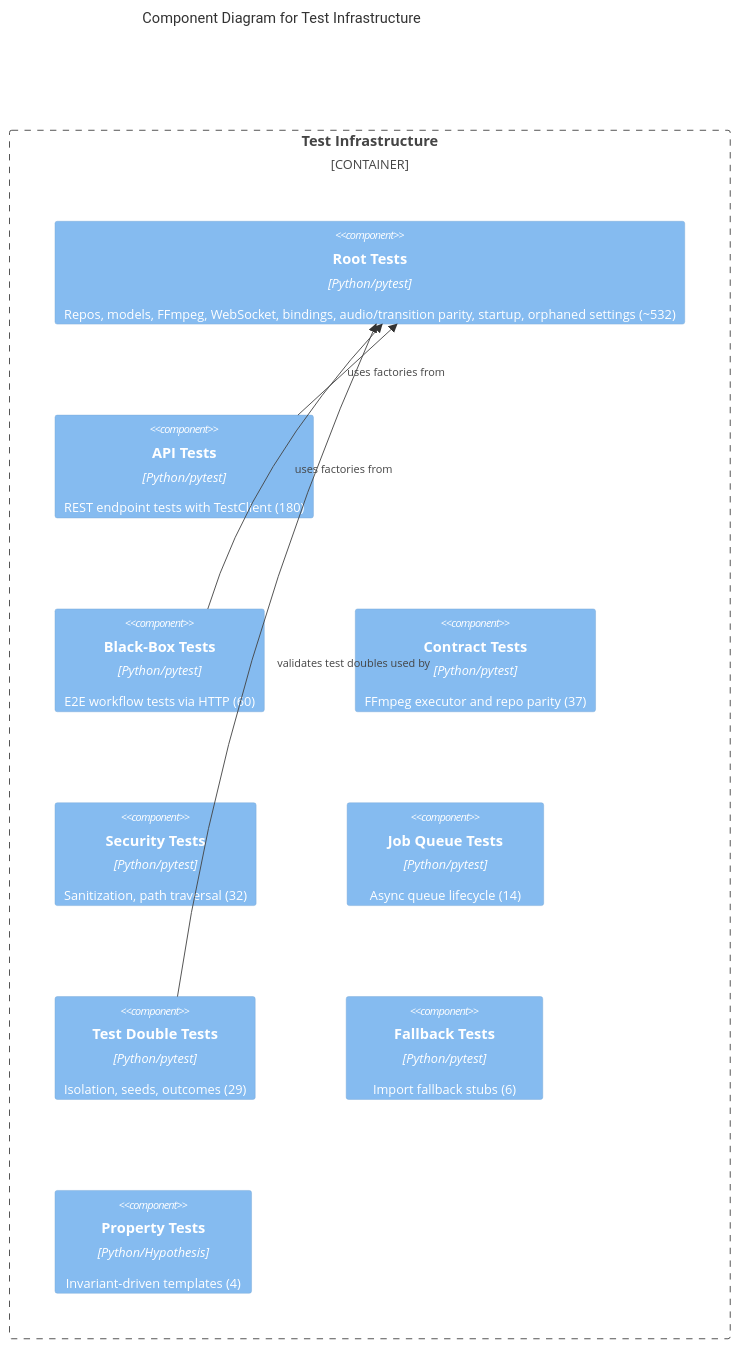
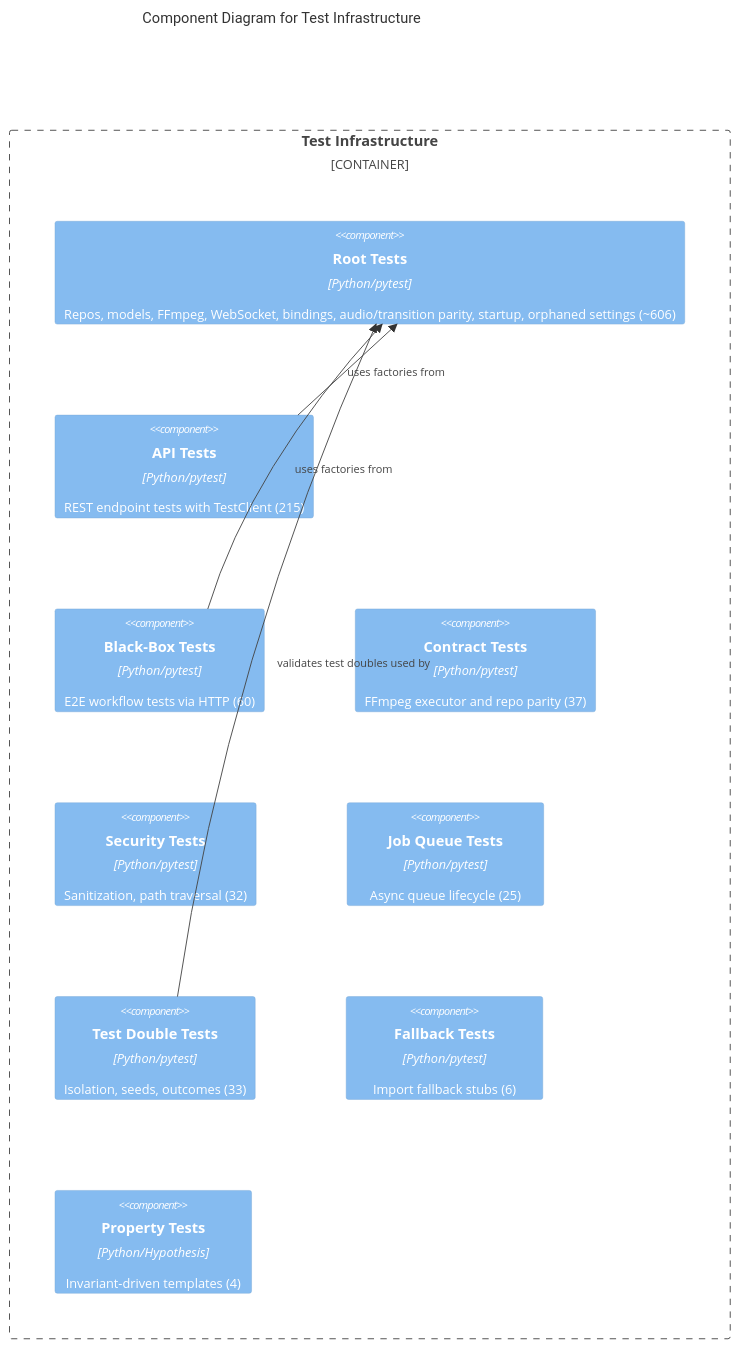
One commit to gwickman/stoat-and-ferret changed the diagram in docs/C4-Documentation/c4-component-test-infrastructure.md. Above: the diagram before and after it, drawn with Mermaid. The commit also changed other lines of this file and 26 other files, not shown here.

````diff
--- a/docs/C4-Documentation/c4-component-test-infrastructure.md
+++ b/docs/C4-Documentation/c4-component-test-infrastructure.md
@@ -78,20 +78,20 @@
 ```mermaid
 C4Component
     title Component Diagram for Test Infrastructure
 
     Container_Boundary(tests, "Test Infrastructure") {
-        Component(root_tests, "Root Tests", "Python/pytest", "Repos, models, FFmpeg, WebSocket, bindings, audio/transition parity, startup, orphaned settings (~532)")
-        Component(api_tests, "API Tests", "Python/pytest", "REST endpoint tests with TestClient (180)")
+        Component(root_tests, "Root Tests", "Python/pytest", "Repos, models, FFmpeg, WebSocket, bindings, audio/transition parity, startup, orphaned settings (~606)")
+        Component(api_tests, "API Tests", "Python/pytest", "REST endpoint tests with TestClient (215)")
         Component(blackbox, "Black-Box Tests", "Python/pytest", "E2E workflow tests via HTTP (60)")
         Component(contract, "Contract Tests", "Python/pytest", "FFmpeg executor and repo parity (37)")
         Component(security, "Security Tests", "Python/pytest", "Sanitization, path traversal (32)")
-        Component(jobs_tests, "Job Queue Tests", "Python/pytest", "Async queue lifecycle (14)")
-        Component(doubles_tests, "Test Double Tests", "Python/pytest", "Isolation, seeds, outcomes (29)")
+        Component(jobs_tests, "Job Queue Tests", "Python/pytest", "Async queue lifecycle (25)")
+        Component(doubles_tests, "Test Double Tests", "Python/pytest", "Isolation, seeds, outcomes (33)")
         Component(coverage_tests, "Fallback Tests", "Python/pytest", "Import fallback stubs (6)")
         Component(examples, "Property Tests", "Python/Hypothesis", "Invariant-driven templates (4)")
     }
 
     Rel(api_tests, root_tests, "uses factories from")
     Rel(blackbox, root_tests, "uses factories from")
     Rel(doubles_tests, root_tests, "validates test doubles used by")
 ```
````
